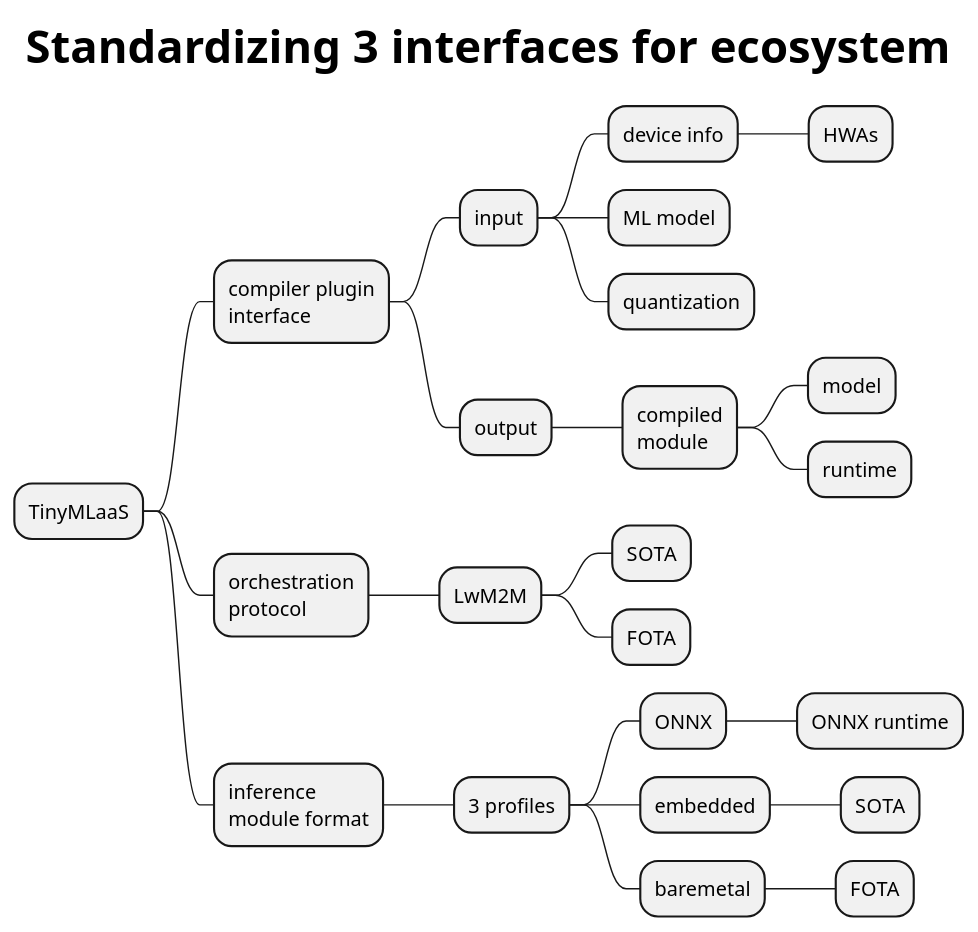
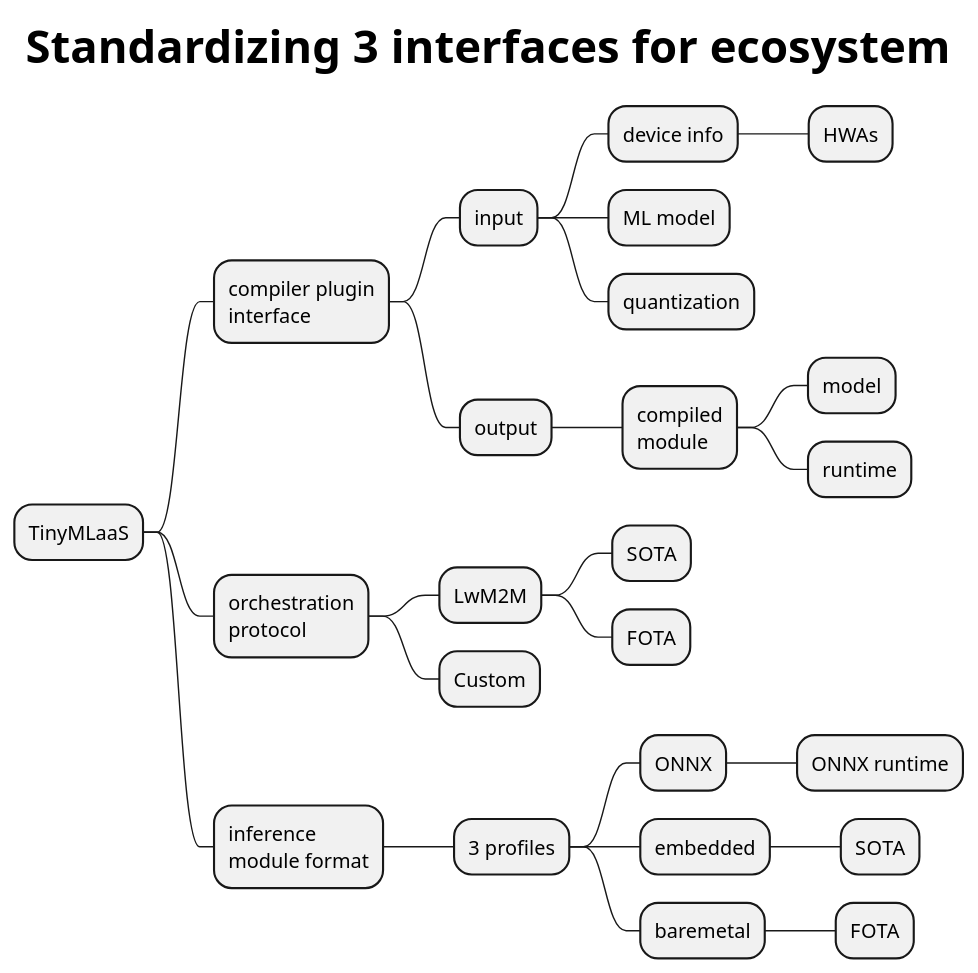
The first of 2 diagrams in standard-mindmap.puml (doyu/elc2019), drawn with PlantUML before and after one commit. The commit also changed 4 other files, not shown here.

```diff
--- a/standard-mindmap.puml
+++ b/standard-mindmap.puml
@@ -1,27 +1,28 @@
 @startmindmap
 skinparam TitleFontSize 32
 title Standardizing 3 interfaces for ecosystem
 * TinyMLaaS
 ** compiler plugin\ninterface
 *** input
 **** device info
 ***** HWAs
 **** ML model
 **** quantization
 *** output
 **** compiled\nmodule
 ***** model
 ***** runtime
 ** orchestration\nprotocol
 *** LwM2M
 **** SOTA
 **** FOTA
+*** Custom
 ** inference\nmodule format
 *** 3 profiles
 **** ONNX
 ***** ONNX runtime
 **** embedded
 ***** SOTA
 **** baremetal
 ***** FOTA
 @endmindmap
```
